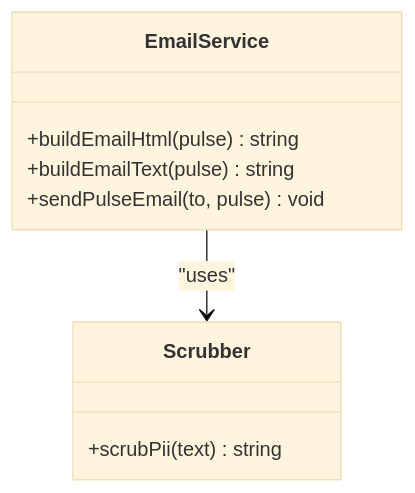
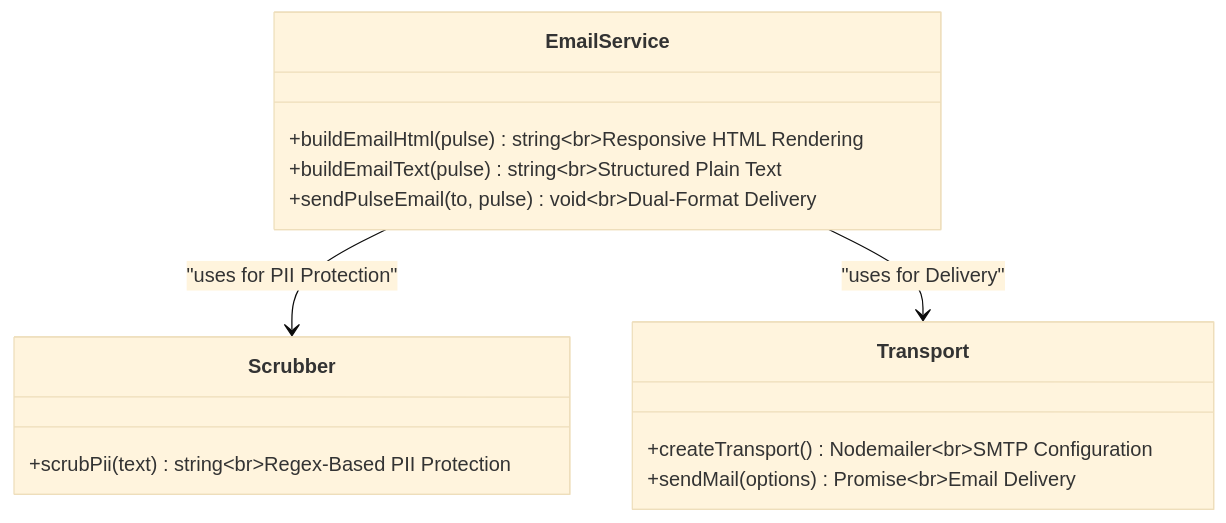
Before and after one commit to aravinthraj-ramalingam/Groww-App-Review-Insights-Analyzer-: the sixth of 9 diagrams in .qoder/repowiki/en/content/Phase 2_ Advanced Analytics & Automation/Weekly Pulse Generation.md, drawn with Mermaid (base theme). The commit also changed other lines of this file and 11 other files, not shown here.

````diff
--- a/.qoder/repowiki/en/content/Phase 2_ Advanced Analytics & Automation/Weekly Pulse Generation.md
+++ b/.qoder/repowiki/en/content/Phase 2_ Advanced Analytics & Automation/Weekly Pulse Generation.md
@@ -283,12 +297,17 @@
 ```mermaid
 classDiagram
 class EmailService {
-+buildEmailHtml(pulse) string
-+buildEmailText(pulse) string
-+sendPulseEmail(to, pulse) void
++buildEmailHtml(pulse) string<br/>Responsive HTML Rendering
++buildEmailText(pulse) string<br/>Structured Plain Text
++sendPulseEmail(to, pulse) void<br/>Dual-Format Delivery
 }
 class Scrubber {
-+scrubPii(text) string
++scrubPii(text) string<br/>Regex-Based PII Protection
 }
-EmailService --> Scrubber : "uses"
+class Transport {
++createTransport() Nodemailer<br/>SMTP Configuration
++sendMail(options) Promise<br/>Email Delivery
+}
+EmailService --> Scrubber : "uses for PII Protection"
+EmailService --> Transport : "uses for Delivery"
 ```
````
